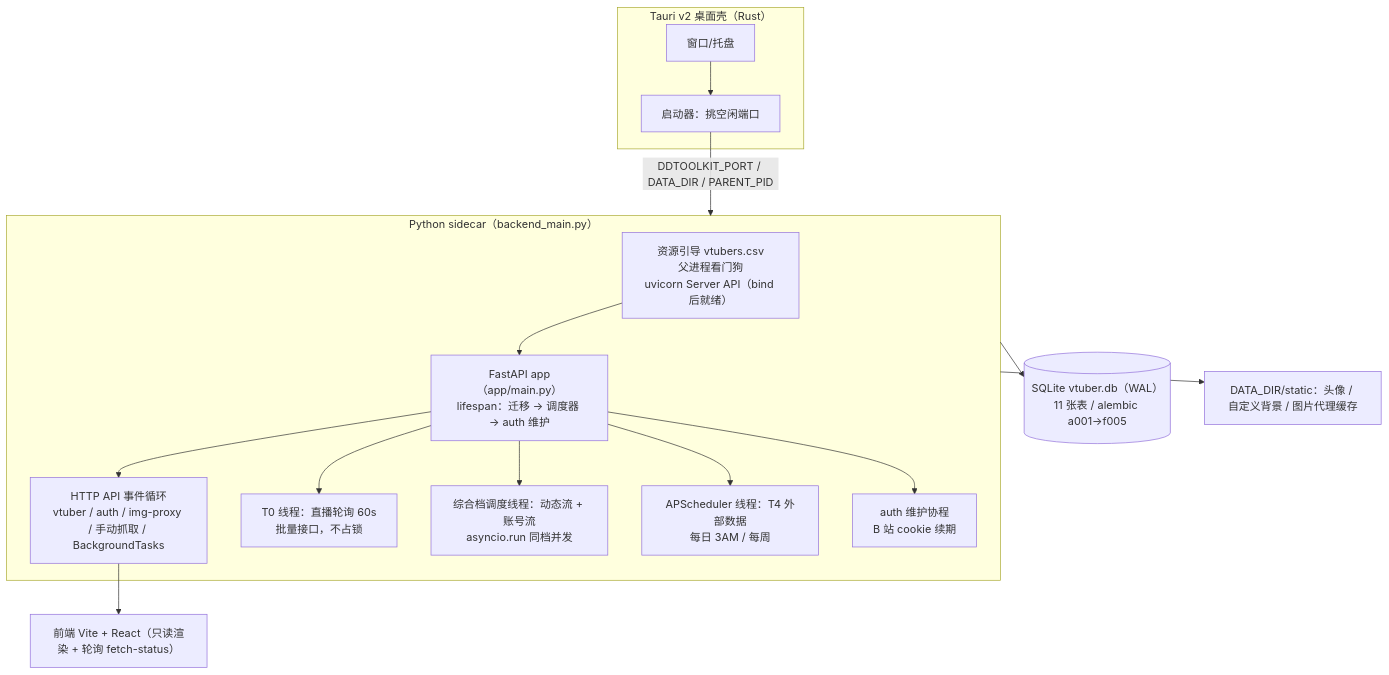
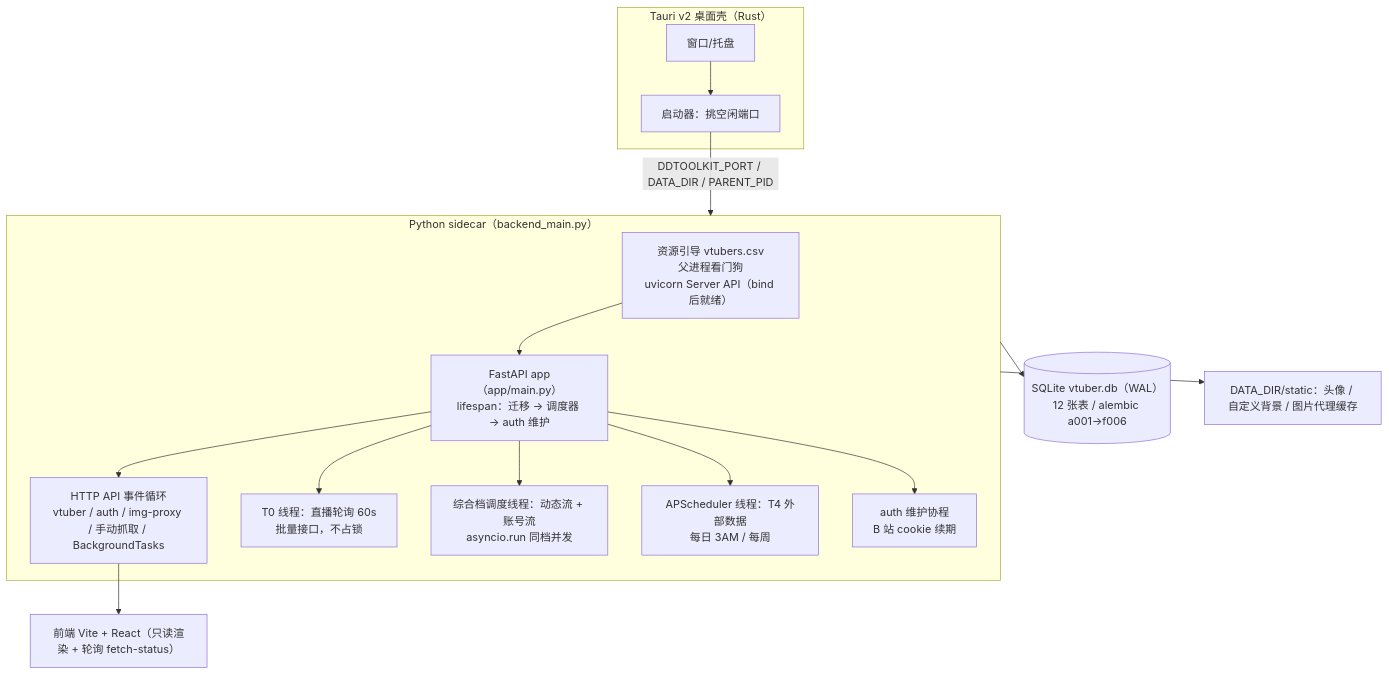
Before and after one commit to Mrslippe/DDToolkit: the first of 8 diagrams in docs/ARCHITECTURE.md, drawn with Mermaid. The commit also changed other lines of this file and 17 other files, not shown here.

First line of the commit message:
feat(R37-P2a): 档案视图布局落库 —— 迁移 f006 + profile_cards + 两条路由 + purge 同步

````diff
--- a/docs/ARCHITECTURE.md
+++ b/docs/ARCHITECTURE.md
@@ -23,21 +23,21 @@
 ```mermaid
 flowchart TB
   subgraph Shell["Tauri v2 桌面壳（Rust）"]
     W[窗口/托盘] --> L[启动器：挑空闲端口]
   end
   L -->|"DDTOOLKIT_PORT / DATA_DIR / PARENT_PID"| S
 
   subgraph S["Python sidecar（backend_main.py）"]
     BM["资源引导 vtubers.csv<br/>父进程看门狗<br/>uvicorn Server API（bind 后就绪）"]
     BM --> APP["FastAPI app（app/main.py）<br/>lifespan：迁移 → 调度器 → auth 维护"]
     APP --> HTTP["HTTP API 事件循环<br/>vtuber / auth / img-proxy / 手动抓取 / BackgroundTasks"]
     APP --> T0["T0 线程：直播轮询 60s<br/>批量接口，不占锁"]
     APP --> TIER["综合档调度线程：动态流 + 账号流<br/>asyncio.run 同档并发"]
     APP --> APS["APScheduler 线程：T4 外部数据<br/>每日 3AM / 每周"]
     APP --> AUTH["auth 维护协程<br/>B 站 cookie 续期"]
   end
 
-  S --> DB[("SQLite vtuber.db（WAL）<br/>11 张表 / alembic a001→f005")]
+  S --> DB[("SQLite vtuber.db（WAL）<br/>12 张表 / alembic a001→f006")]
   S --> FS["DATA_DIR/static：头像 / 自定义背景 / 图片代理缓存"]
   HTTP --> UI["前端 Vite + React（只读渲染 + 轮询 fetch-status）"]
 ```
````
